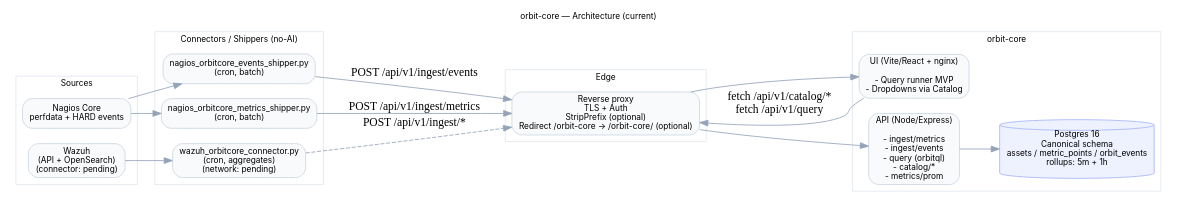
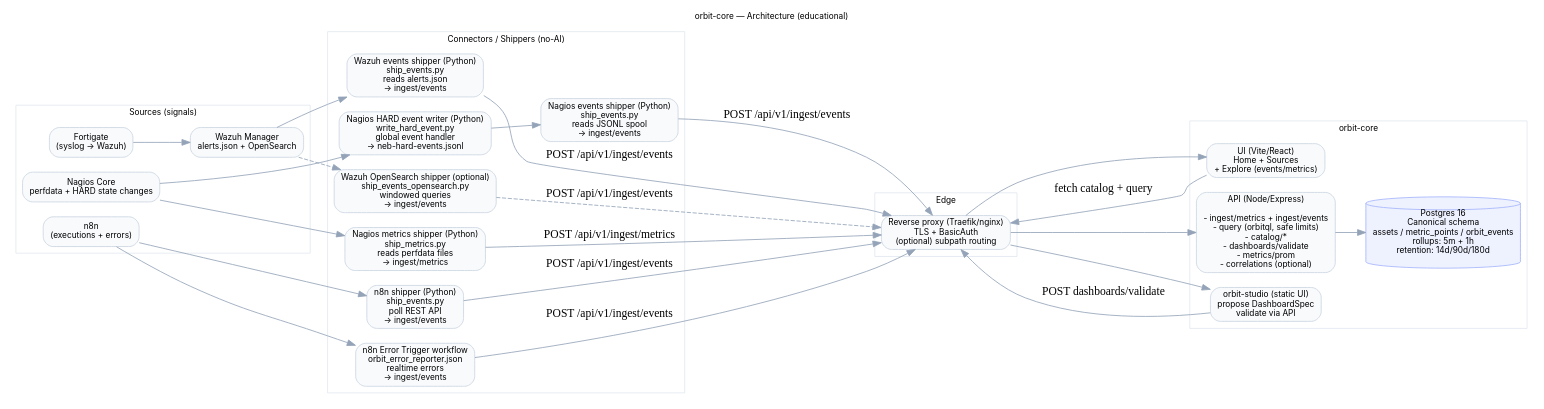
The diagram in docs/diagrams/orbit-core-architecture.dot (rmfaria/orbit-core), drawn with Graphviz before and after one commit. The commit also changed 2 other files, not shown here.

Commit message:
docs(diagram): expand architecture diagram (multi-source + connectors + studio)

```diff
--- a/docs/diagrams/orbit-core-architecture.dot
+++ b/docs/diagrams/orbit-core-architecture.dot
@@ -1,49 +1,88 @@
 digraph orbitcore {
   rankdir=LR;
-  graph [fontname="Inter,Helvetica,Arial", fontsize=10, labelloc=t, label="orbit-core — Architecture (current)", bgcolor="white"];
+  graph [fontname="Inter,Helvetica,Arial", fontsize=10, labelloc=t, label="orbit-core — Architecture (educational)", bgcolor="white"];
   node  [shape=box, style="rounded,filled", fontname="Inter,Helvetica,Arial", fontsize=10, fillcolor="#F8FAFC", color="#CBD5E1"];
   edge  [color="#94A3B8"];
 
+  // ───────────────────────────────────────────────────────────────────────────
+  // Sources (systems that produce signals)
+  // ───────────────────────────────────────────────────────────────────────────
   subgraph cluster_sources {
-    label="Sources";
+    label="Sources (signals)";
     color="#E2E8F0";
-    NAGIOS [label="Nagios Core\nperfdata + HARD events"];
-    WAZUH [label="Wazuh\n(API + OpenSearch)\n(connector: pending)"];
+    NAGIOS     [label="Nagios Core\nperfdata + HARD state changes"];
+    WAZUH      [label="Wazuh Manager\nalerts.json + OpenSearch"];
+    FORTIGATE  [label="Fortigate\n(syslog → Wazuh)"];
+    N8N        [label="n8n\n(executions + errors)"];
   }
 
+  // ───────────────────────────────────────────────────────────────────────────
+  // Connectors (deterministic, cron-friendly)
+  // ───────────────────────────────────────────────────────────────────────────
   subgraph cluster_connectors {
     label="Connectors / Shippers (no-AI)";
     color="#E2E8F0";
-    MS [label="nagios_orbitcore_metrics_shipper.py\n(cron, batch)"];
-    ES [label="nagios_orbitcore_events_shipper.py\n(cron, batch)"];
-    WC [label="wazuh_orbitcore_connector.py\n(cron, aggregates)\n(network: pending)"];
+
+    MS [label="Nagios metrics shipper (Python)\nship_metrics.py\nreads perfdata files\n→ ingest/metrics"];
+    ES [label="Nagios events shipper (Python)\nship_events.py\nreads JSONL spool\n→ ingest/events"];
+    NH [label="Nagios HARD event writer (Python)\nwrite_hard_event.py\nglobal event handler\n→ neb-hard-events.jsonl"];
+
+    WZ [label="Wazuh events shipper (Python)\nship_events.py\nreads alerts.json\n→ ingest/events"];
+    WZO [label="Wazuh OpenSearch shipper (optional)\nship_events_opensearch.py\nwindowed queries\n→ ingest/events"];
+
+    N8S [label="n8n shipper (Python)\nship_events.py\npoll REST API\n→ ingest/events"];
+    N8T [label="n8n Error Trigger workflow\norbit_error_reporter.json\nrealtime errors\n→ ingest/events"];
   }
 
+  // ───────────────────────────────────────────────────────────────────────────
+  // Edge (deployment boundary)
+  // ───────────────────────────────────────────────────────────────────────────
   subgraph cluster_edge {
     label="Edge";
     color="#E2E8F0";
-    RP [label="Reverse proxy\nTLS + Auth\nStripPrefix (optional)\nRedirect /orbit-core → /orbit-core/ (optional)"];
+    RP [label="Reverse proxy (Traefik/nginx)\nTLS + BasicAuth\n(optional) subpath routing"];
   }
 
+  // ───────────────────────────────────────────────────────────────────────────
+  // orbit-core
+  // ───────────────────────────────────────────────────────────────────────────
   subgraph cluster_core {
     label="orbit-core";
     color="#E2E8F0";
-    UI [label="UI (Vite/React + nginx)\n\n- Query runner MVP\n- Dropdowns via Catalog"];
-    API [label="API (Node/Express)\n\n- ingest/metrics\n- ingest/events\n- query (orbitql)\n- catalog/*\n- metrics/prom"];
-    PG [shape=cylinder, label="Postgres 16\nCanonical schema\nassets / metric_points / orbit_events\nrollups: 5m + 1h" , fillcolor="#EEF2FF", color="#A5B4FC"];
+
+    UI [label="UI (Vite/React)\nHome + Sources\n+ Explore (events/metrics)"]; 
+    STUDIO [label="orbit-studio (static UI)\npropose DashboardSpec\nvalidate via API"];
+
+    API [label="API (Node/Express)\n\n- ingest/metrics + ingest/events\n- query (orbitql, safe limits)\n- catalog/*\n- dashboards/validate\n- metrics/prom\n- correlations (optional)"]; 
+
+    PG [shape=cylinder, label="Postgres 16\nCanonical schema\nassets / metric_points / orbit_events\nrollups: 5m + 1h\nretention: 14d/90d/180d" , fillcolor="#EEF2FF", color="#A5B4FC"];
   }
 
+  // Flows
+  NAGIOS -> NH;
+  NH -> ES;
   NAGIOS -> MS;
-  NAGIOS -> ES;
-  WAZUH -> WC;
+
+  WAZUH -> WZ;
+  WAZUH -> WZO [style=dashed];
+  FORTIGATE -> WAZUH;
+
+  N8N -> N8S;
+  N8N -> N8T;
 
   MS -> RP [label="POST /api/v1/ingest/metrics"];
   ES -> RP [label="POST /api/v1/ingest/events"];
-  WC -> RP [style=dashed, label="POST /api/v1/ingest/*"];
+  WZ -> RP [label="POST /api/v1/ingest/events"];
+  WZO -> RP [style=dashed, label="POST /api/v1/ingest/events"];
+  N8S -> RP [label="POST /api/v1/ingest/events"];
+  N8T -> RP [label="POST /api/v1/ingest/events"];
 
   RP -> API;
   RP -> UI;
+  RP -> STUDIO;
 
-  UI -> RP [label="fetch /api/v1/catalog/*\nfetch /api/v1/query"];
+  UI -> RP [label="fetch catalog + query"];
+  STUDIO -> RP [label="POST dashboards/validate"];
+
   API -> PG;
 }
```
